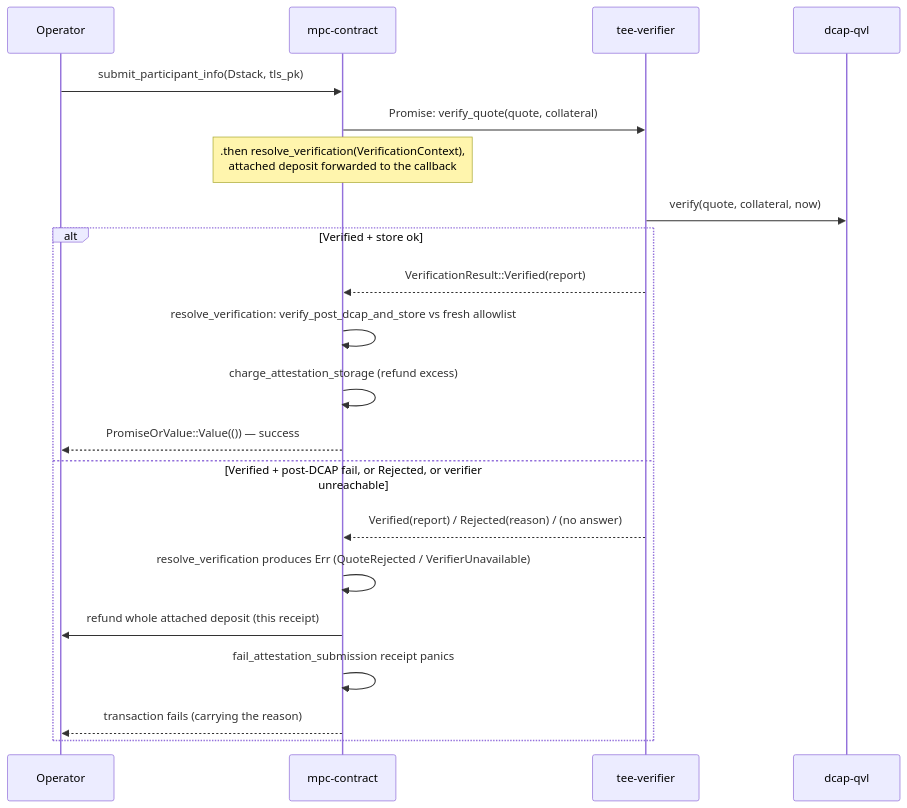
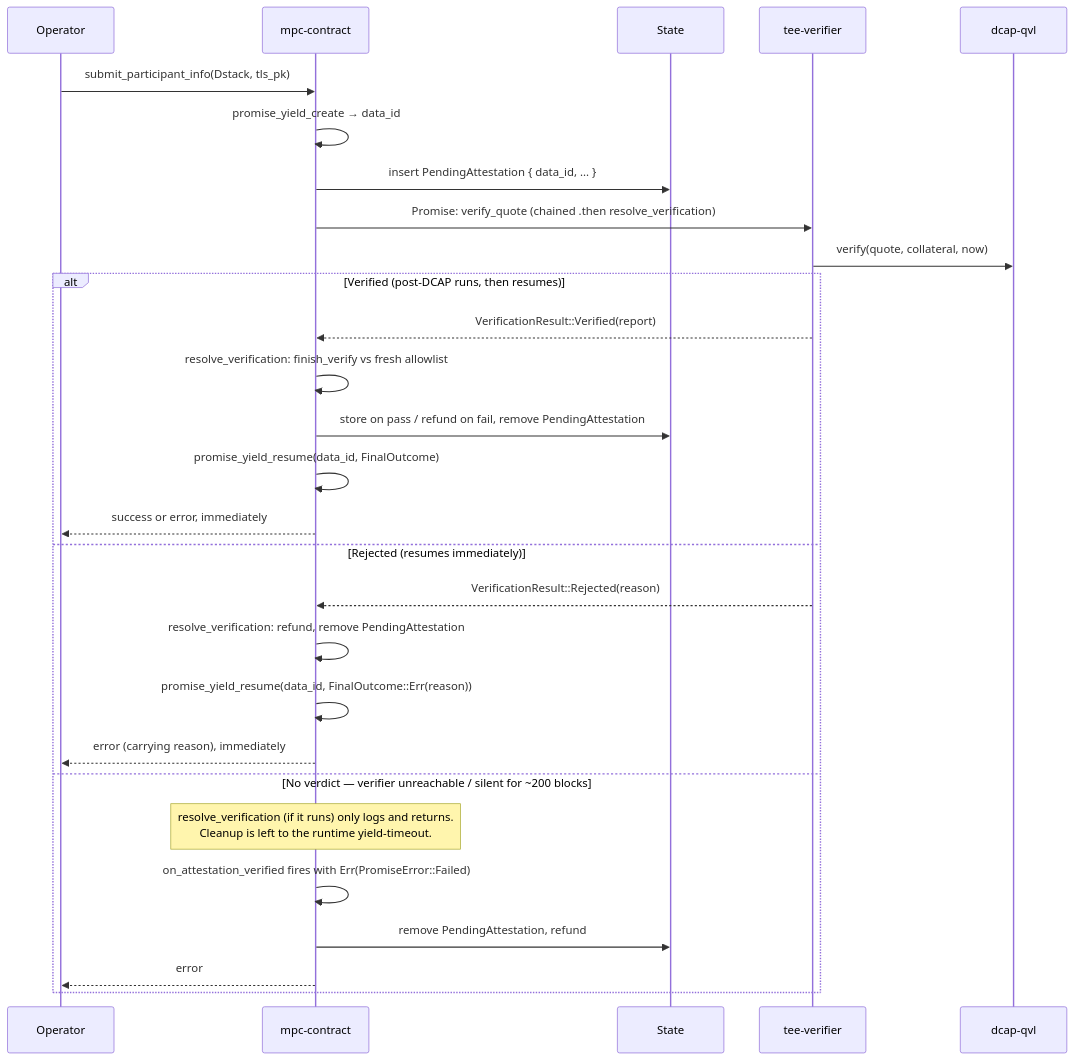
The third of 6 diagrams in docs/design/attestation-verifier-contract.md (near/mpc), drawn with Mermaid before and after one commit. The commit also changed other lines of this file and 2 other files, not shown here.

````diff
--- a/docs/design/attestation-verifier-contract.md
+++ b/docs/design/attestation-verifier-contract.md
@@ -70,26 +68,33 @@
 ```mermaid
 sequenceDiagram
     participant Op as Operator
     participant MPC as mpc-contract
+    participant State as State
     participant Ver as tee-verifier
     participant DCAP as dcap-qvl
 
     Op->>MPC: submit_participant_info(Dstack, tls_pk)
-    MPC->>Ver: Promise: verify_quote(quote, collateral)
-    Note over MPC: .then resolve_verification(VerificationContext),<br/>attached deposit forwarded to the callback
+    MPC->>MPC: promise_yield_create → data_id
+    MPC->>State: insert PendingAttestation { data_id, ... }
+    MPC->>Ver: Promise: verify_quote (chained .then resolve_verification)
 
     Ver->>DCAP: verify(quote, collateral, now)
 
-    alt Verified + store ok
+    alt Verified (post-DCAP runs, then resumes)
         Ver-->>MPC: VerificationResult::Verified(report)
-        MPC->>MPC: resolve_verification: verify_post_dcap_and_store vs fresh allowlist
-        MPC->>MPC: charge_attestation_storage (refund excess)
-        MPC-->>Op: PromiseOrValue::Value(()) — success
-    else Verified + post-DCAP fail, or Rejected, or verifier unreachable
-        Ver-->>MPC: Verified(report) / Rejected(reason) / (no answer)
-        MPC->>MPC: resolve_verification produces Err (QuoteRejected / VerifierUnavailable)
-        MPC->>Op: refund whole attached deposit (this receipt)
-        MPC->>MPC: fail_attestation_submission receipt panics
-        MPC-->>Op: transaction fails (carrying the reason)
+        MPC->>MPC: resolve_verification: finish_verify vs fresh allowlist
+        MPC->>State: store on pass / refund on fail, remove PendingAttestation
+        MPC->>MPC: promise_yield_resume(data_id, FinalOutcome)
+        MPC-->>Op: success or error, immediately
+    else Rejected (resumes immediately)
+        Ver-->>MPC: VerificationResult::Rejected(reason)
+        MPC->>MPC: resolve_verification: refund, remove PendingAttestation
+        MPC->>MPC: promise_yield_resume(data_id, FinalOutcome::Err(reason))
+        MPC-->>Op: error (carrying reason), immediately
+    else No verdict — verifier unreachable / silent for ~200 blocks
+        Note over MPC: resolve_verification (if it runs) only logs and returns.<br/>Cleanup is left to the runtime yield-timeout.
+        MPC->>MPC: on_attestation_verified fires with Err(PromiseError::Failed)
+        MPC->>State: remove PendingAttestation, refund
+        MPC-->>Op: error
     end
 ```
````
